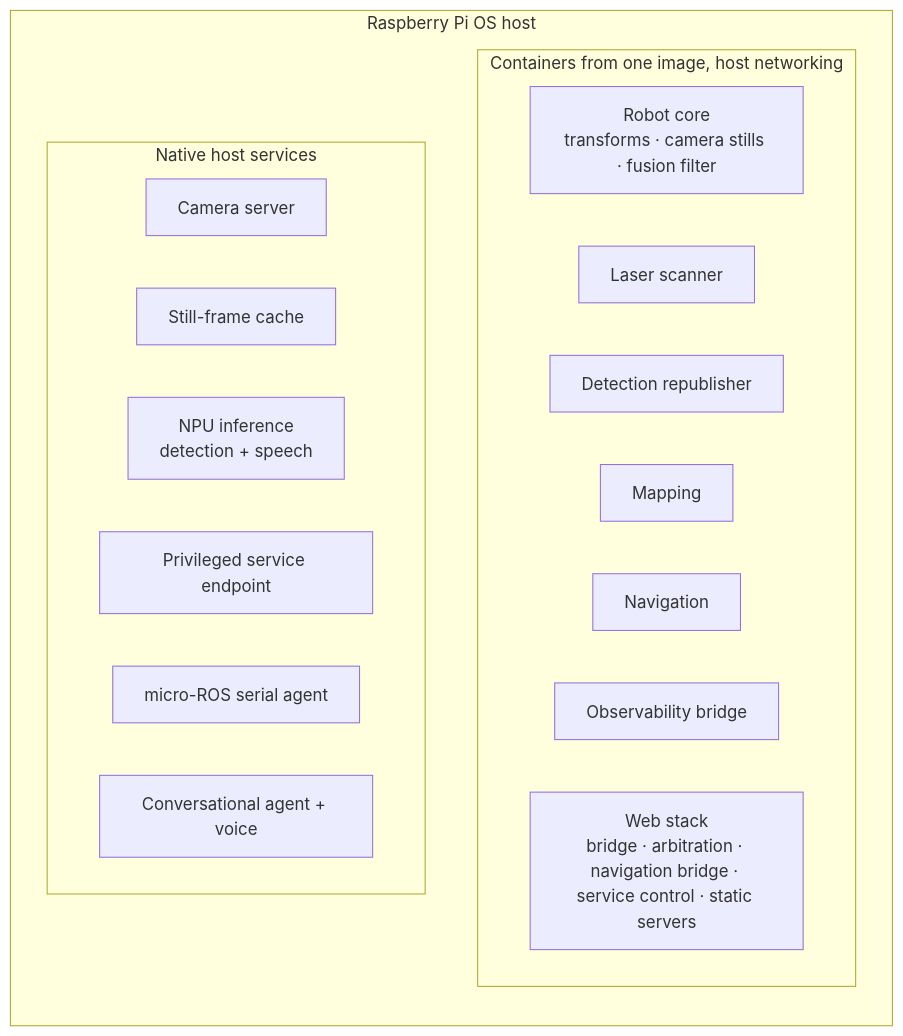
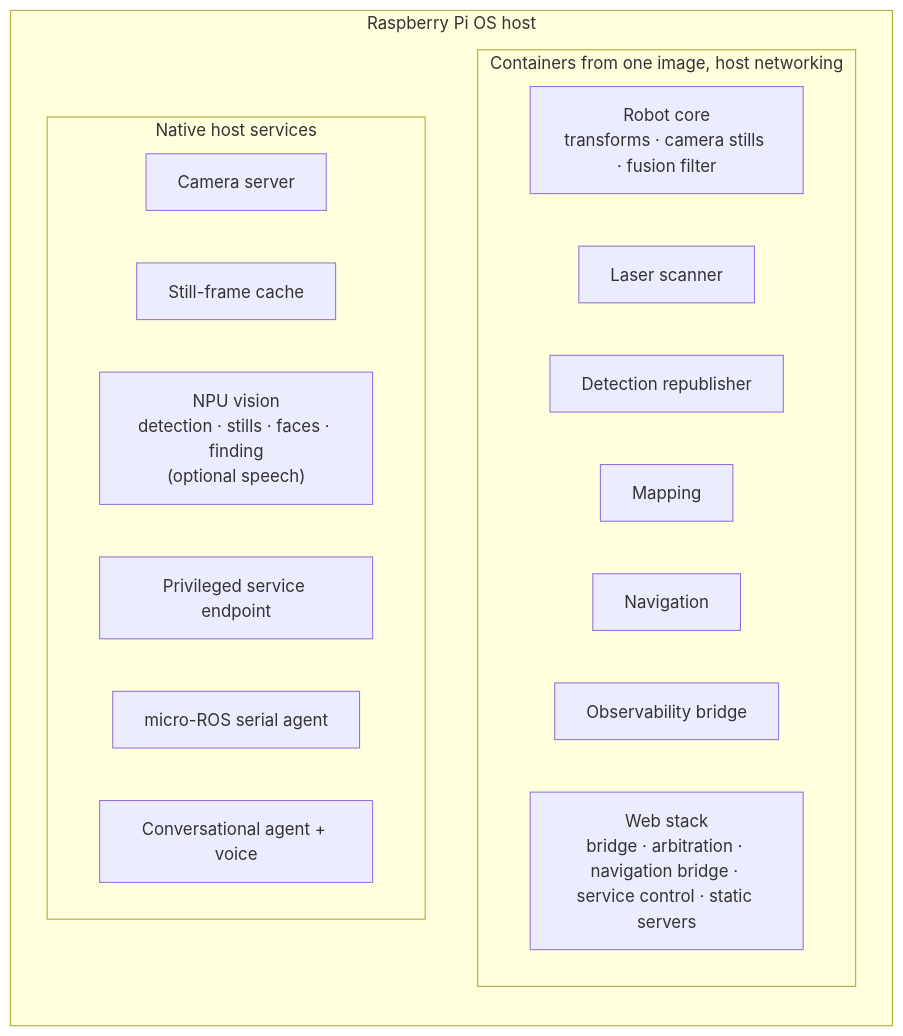
Before and after one commit to Xmindz/scout_docs: the diagram in docs/06-platform.md, drawn with Mermaid. The commit also changed other lines of this file and 16 other files, not shown here.

````diff
--- a/docs/06-platform.md
+++ b/docs/06-platform.md
@@ -93,23 +103,23 @@
 ```mermaid
 flowchart TB
     subgraph HOST["Raspberry Pi OS host"]
         direction TB
         subgraph CONT["Containers from one image, host networking"]
             C1["Robot core\ntransforms · camera stills · fusion filter"]
             C2["Laser scanner"]
             C3["Detection republisher"]
             C4["Mapping"]
             C5["Navigation"]
             C6["Observability bridge"]
             C7["Web stack\nbridge · arbitration · navigation bridge · service control · static servers"]
         end
         subgraph NAT["Native host services"]
             N1["Camera server"]
             N2["Still-frame cache"]
-            N3["NPU inference\ndetection + speech"]
+            N3["NPU vision\ndetection · stills · faces · finding\n(optional speech)"]
             N4["Privileged service endpoint"]
             N5["micro-ROS serial agent"]
             N6["Conversational agent + voice"]
         end
     end
 ```
````
